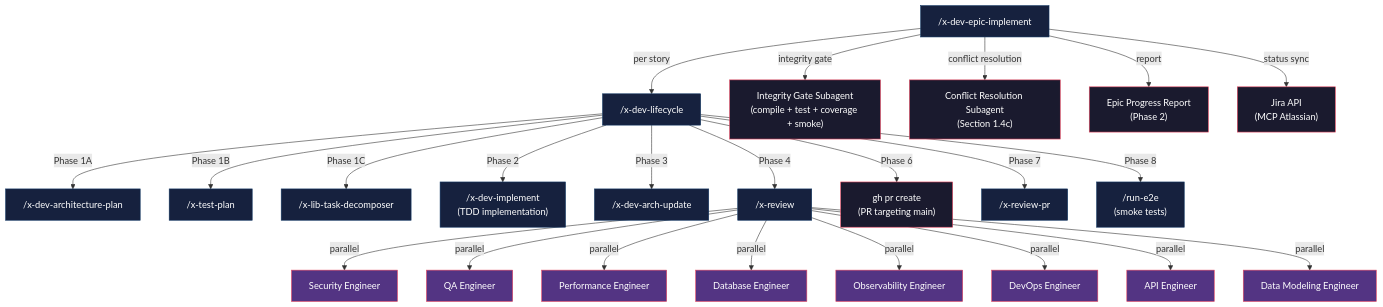
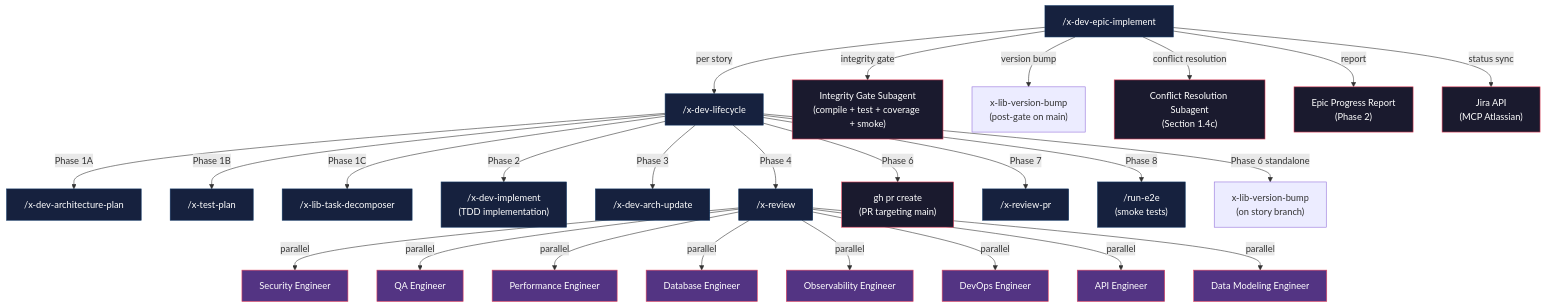
The fourth of 8 diagrams in .claude/skills/x-dev-epic-implement/README.md (edercnj/ia-dev-environment), drawn with Mermaid before and after one commit. The commit also changed other lines of this file and 7 other files, not shown here.

First line of the commit message:
feat(version-bump): introduce x-lib-version-bump utility for semantic versioning

````diff
--- a/.claude/skills/x-dev-epic-implement/README.md
+++ b/.claude/skills/x-dev-epic-implement/README.md
@@ -210,36 +214,38 @@
 ```mermaid
 graph TD
     EPIC["/x-dev-epic-implement"] -->|per story| LIFE["/x-dev-lifecycle"]
 
     LIFE -->|Phase 1A| ARCH["/x-dev-architecture-plan"]
     LIFE -->|Phase 1B| TEST["/x-test-plan"]
     LIFE -->|Phase 1C| TASK["/x-lib-task-decomposer"]
     LIFE -->|Phase 2| IMPL["/x-dev-implement<br/>(TDD implementation)"]
     LIFE -->|Phase 3| ARCHUP["/x-dev-arch-update"]
     LIFE -->|Phase 4| REVIEW["/x-review"]
     LIFE -->|Phase 6| PR["gh pr create<br/>(PR targeting main)"]
     LIFE -->|Phase 7| LTREVIEW["/x-review-pr"]
     LIFE -->|Phase 8| E2E["/run-e2e<br/>(smoke tests)"]
 
     REVIEW -->|parallel| S1["Security Engineer"]
     REVIEW -->|parallel| S2["QA Engineer"]
     REVIEW -->|parallel| S3["Performance Engineer"]
     REVIEW -->|parallel| S4["Database Engineer"]
     REVIEW -->|parallel| S5["Observability Engineer"]
     REVIEW -->|parallel| S6["DevOps Engineer"]
     REVIEW -->|parallel| S7["API Engineer"]
     REVIEW -->|parallel| S8["Data Modeling Engineer"]
 
     EPIC -->|integrity gate| GATE["Integrity Gate Subagent<br/>(compile + test + coverage + smoke)"]
+    EPIC -->|version bump| VBUMP["x-lib-version-bump<br/>(post-gate on main)"]
     EPIC -->|conflict resolution| CONFLICT["Conflict Resolution Subagent<br/>(Section 1.4c)"]
     EPIC -->|report| REPORT["Epic Progress Report<br/>(Phase 2)"]
     EPIC -->|status sync| JIRA["Jira API<br/>(MCP Atlassian)"]
+    LIFE -->|Phase 6 standalone| VBUMP2["x-lib-version-bump<br/>(on story branch)"]
 
     classDef skill fill:#16213e,stroke:#0f3460,color:#fff
     classDef specialist fill:#533483,stroke:#e94560,color:#fff
     classDef infra fill:#1a1a2e,stroke:#e94560,color:#fff
 
     class EPIC,LIFE,ARCH,TEST,TASK,IMPL,ARCHUP,REVIEW,LTREVIEW,E2E skill
     class S1,S2,S3,S4,S5,S6,S7,S8 specialist
     class PR,GATE,CONFLICT,REPORT,JIRA infra
 ```
````
